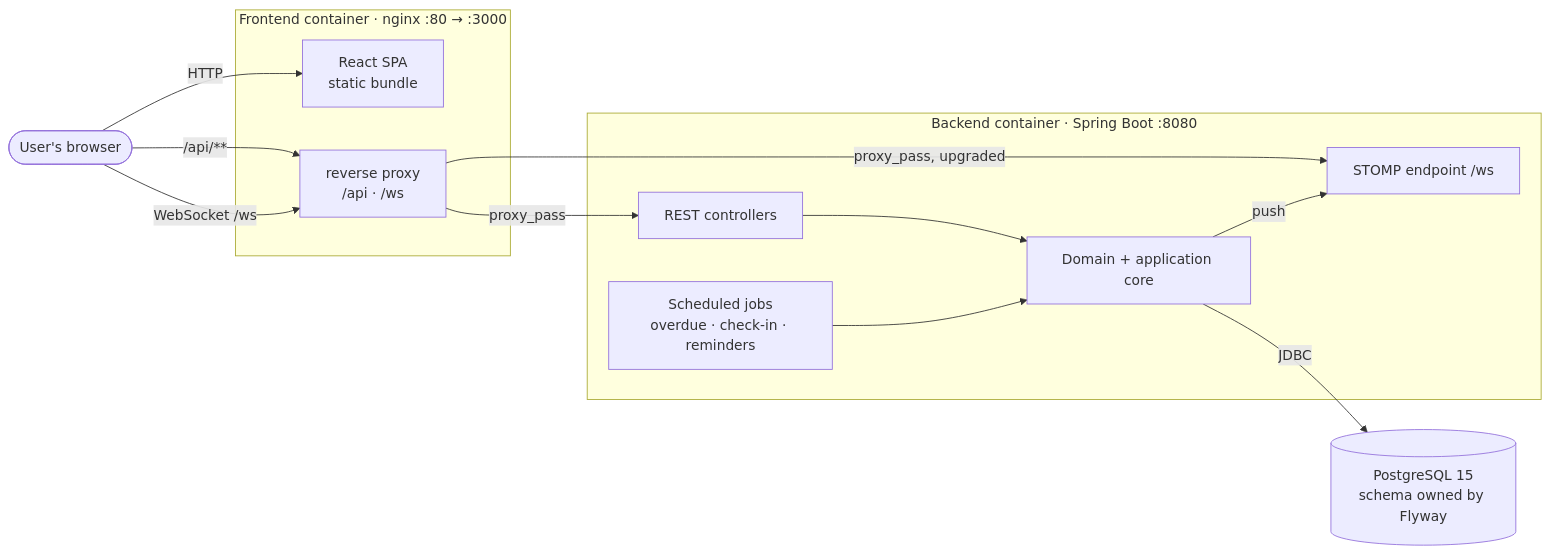
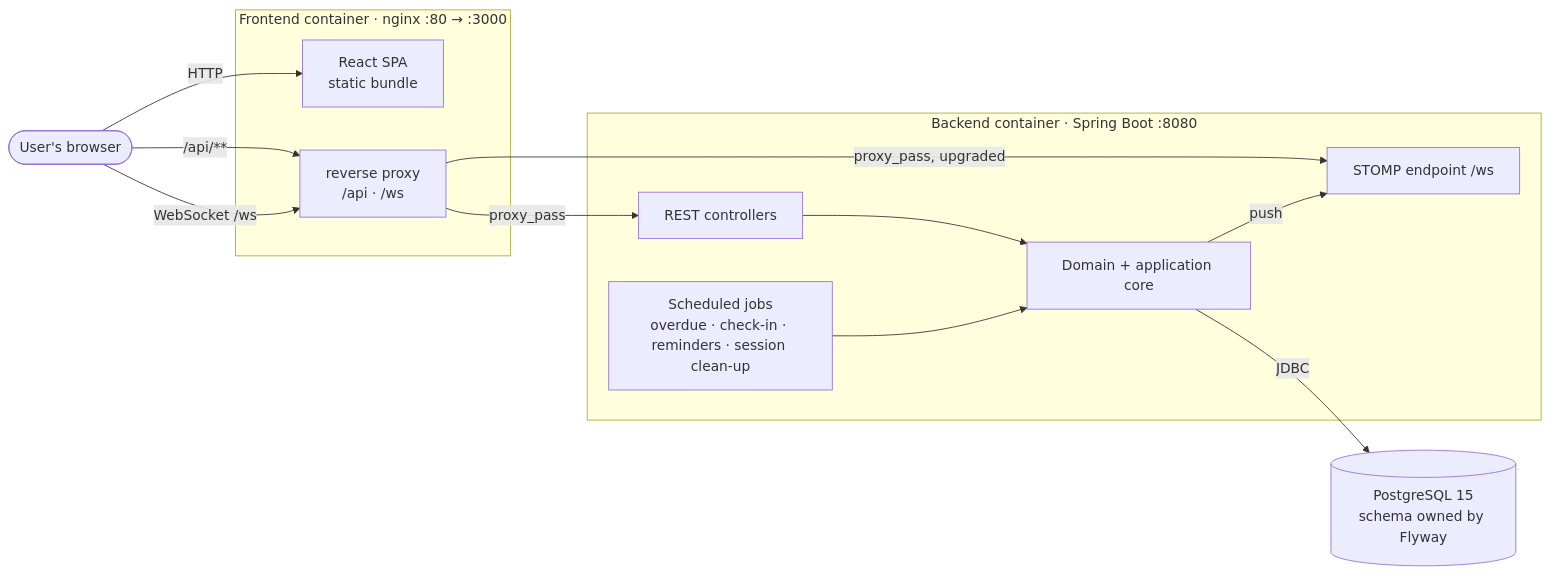
One commit to NaimElijah/UpHealther changed the first of 7 diagrams in docs/architecture/arch-diagrams/README.md. Above: the diagram before and after it, drawn with Mermaid. The commit also changed other lines of this file and 4 other files, not shown here.

First line of the commit message:
docs(architecture): describe the backend as it now stands

````diff
--- a/docs/architecture/arch-diagrams/README.md
+++ b/docs/architecture/arch-diagrams/README.md
@@ -25,28 +25,28 @@
 ```mermaid
 flowchart LR
     user(["User's browser"])
 
     subgraph frontend["Frontend container · nginx :80 → :3000"]
         spa["React SPA<br/>static bundle"]
         proxy["reverse proxy<br/>/api · /ws"]
     end
 
     subgraph backend["Backend container · Spring Boot :8080"]
         rest["REST controllers"]
         stomp["STOMP endpoint /ws"]
-        jobs["Scheduled jobs<br/>overdue · check-in · reminders"]
+        jobs["Scheduled jobs<br/>overdue · check-in · reminders · session clean-up"]
         core["Domain + application core"]
     end
 
     db[("PostgreSQL 15<br/>schema owned by Flyway")]
 
     user -->|"HTTP"| spa
     user -->|"/api/**"| proxy
     user -->|"WebSocket /ws"| proxy
     proxy -->|"proxy_pass"| rest
     proxy -->|"proxy_pass, upgraded"| stomp
     rest --> core
     jobs --> core
     core -->|"push"| stomp
     core -->|"JDBC"| db
 ```
````
